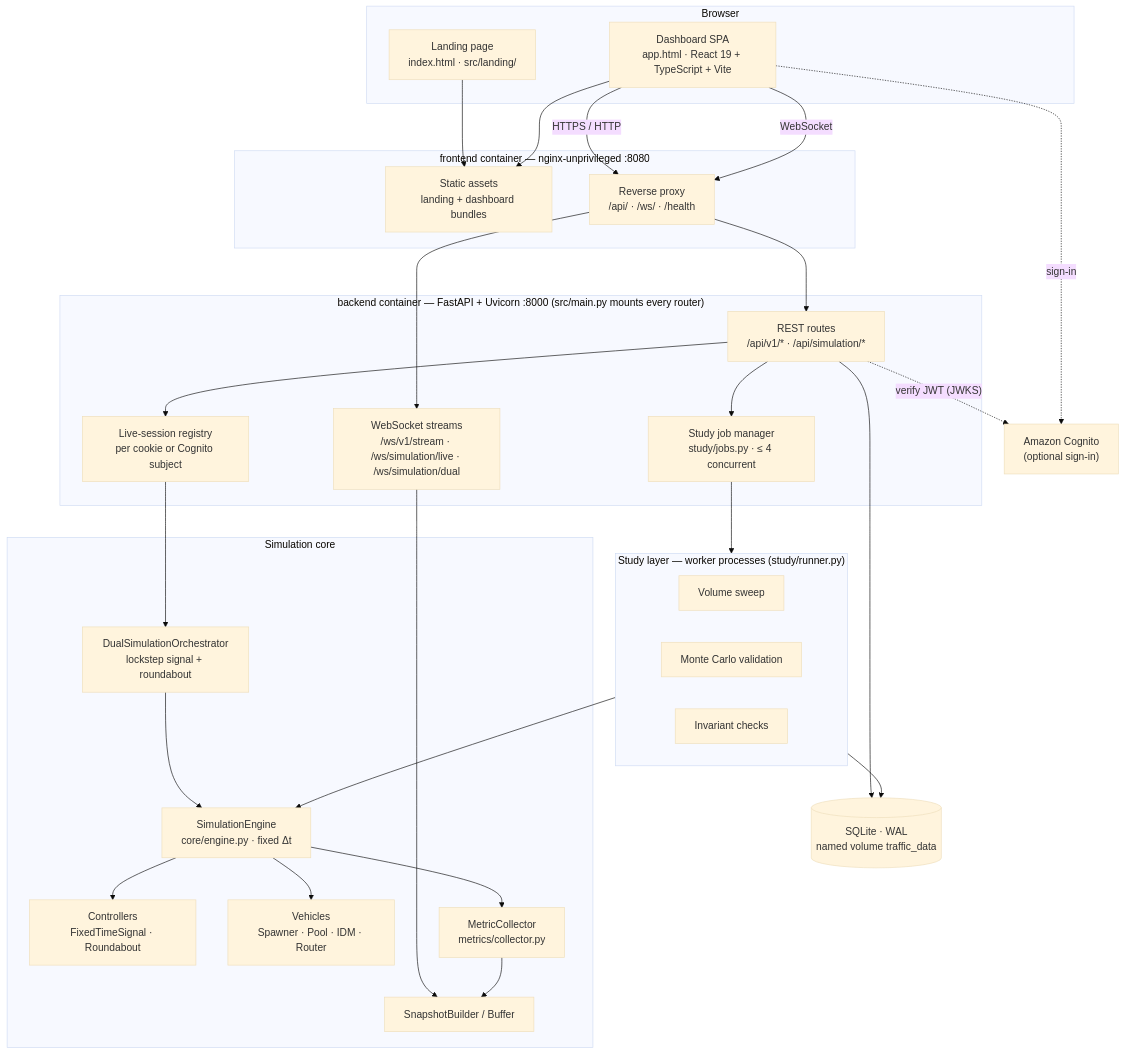
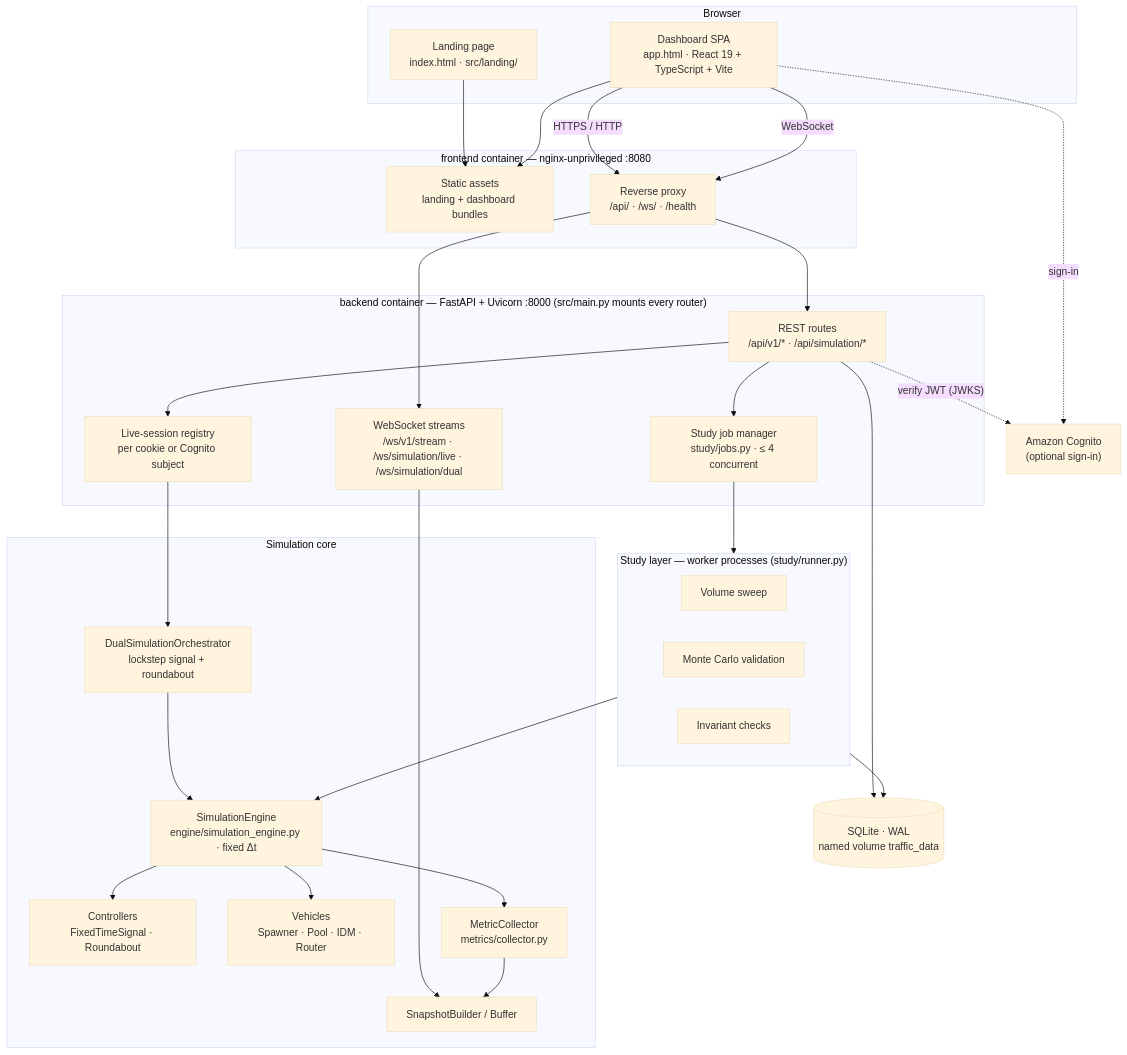
One commit to Viraj281105/Traffic-Simulation changed the first of 6 diagrams in docs/architecture/00-system-overview.md. Above: the diagram before and after it, drawn with Mermaid (base theme). The commit also changed other lines of this file and 179 other files, not shown here.

````diff
--- a/docs/architecture/00-system-overview.md
+++ b/docs/architecture/00-system-overview.md
@@ -12,57 +12,57 @@
 ```mermaid
 flowchart TB
     subgraph Client["Browser"]
         L["Landing page<br/>index.html · src/landing/"]
         D["Dashboard SPA<br/>app.html · React 19 + TypeScript + Vite"]
     end
 
     subgraph Edge["frontend container — nginx-unprivileged :8080"]
         S["Static assets<br/>landing + dashboard bundles"]
         P["Reverse proxy<br/>/api/ · /ws/ · /health"]
     end
 
     subgraph API["backend container — FastAPI + Uvicorn :8000 (src/main.py mounts every router)"]
         R["REST routes<br/>/api/v1/* · /api/simulation/*"]
         W["WebSocket streams<br/>/ws/v1/stream · /ws/simulation/live · /ws/simulation/dual"]
         J["Study job manager<br/>study/jobs.py · ≤ 4 concurrent"]
         SES["Live-session registry<br/>per cookie or Cognito subject"]
     end
 
     subgraph Core["Simulation core"]
-        E["SimulationEngine<br/>core/engine.py · fixed Δt"]
+        E["SimulationEngine<br/>engine/simulation_engine.py · fixed Δt"]
         DO["DualSimulationOrchestrator<br/>lockstep signal + roundabout"]
         C["Controllers<br/>FixedTimeSignal · Roundabout"]
         V["Vehicles<br/>Spawner · Pool · IDM · Router"]
         M["MetricCollector<br/>metrics/collector.py"]
         SB["SnapshotBuilder / Buffer"]
     end
 
     subgraph Study["Study layer — worker processes (study/runner.py)"]
         VS["Volume sweep"]
         MC["Monte Carlo validation"]
         IC["Invariant checks"]
     end
 
     DB[("SQLite · WAL<br/>named volume traffic_data")]
     COG["Amazon Cognito<br/>(optional sign-in)"]
 
     L --> S
     D --> S
     D -- "HTTPS / HTTP" --> P
     D -- "WebSocket" --> P
     D -. "sign-in" .-> COG
     P --> R
     P --> W
     R --> SES --> DO
     R --> J --> Study
     W --> SB
     DO --> E
     E --> C
     E --> V
     E --> M
     M --> SB
     Study --> E
     R --> DB
     Study --> DB
     R -. "verify JWT (JWKS)" .-> COG
 ```
````
